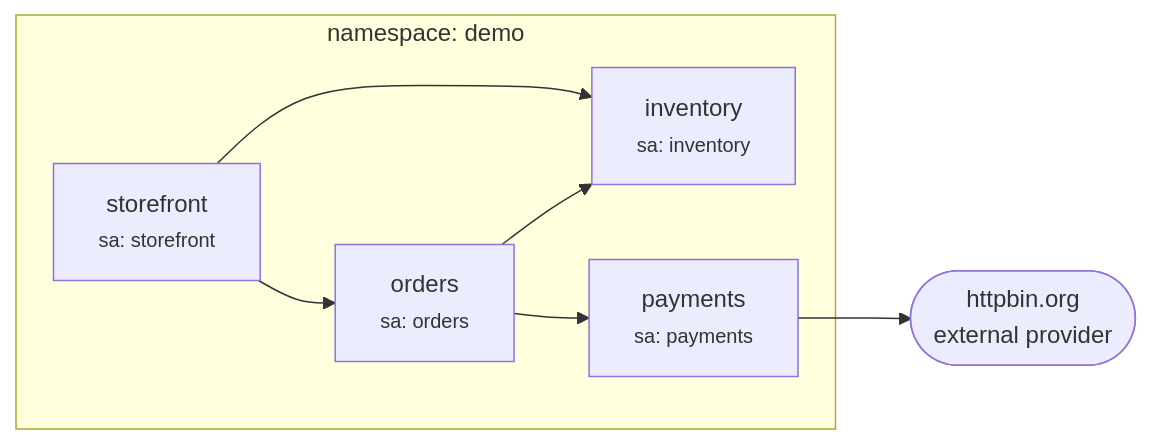
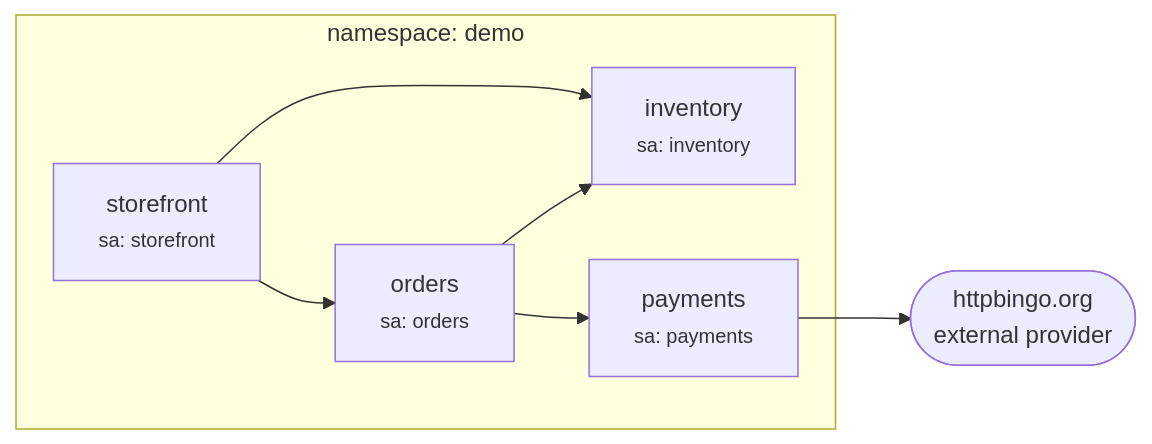
Before and after one commit to shpwrck/ossm-openfga: the first of 2 diagrams in docs/concepts/architecture.md, drawn with Mermaid. The commit also changed other lines of this file and 23 other files, not shown here.

````diff
--- a/docs/concepts/architecture.md
+++ b/docs/concepts/architecture.md
@@ -9,10 +9,10 @@
 ```mermaid
 flowchart LR
     subgraph demo [namespace: demo]
         SF[storefront<br/><small>sa: storefront</small>] --> OR[orders<br/><small>sa: orders</small>]
         SF --> INV[inventory<br/><small>sa: inventory</small>]
         OR --> INV
         OR --> PAY[payments<br/><small>sa: payments</small>]
     end
-    PAY --> EXT([httpbin.org<br/>external provider])
+    PAY --> EXT([httpbingo.org<br/>external provider])
 ```
````
